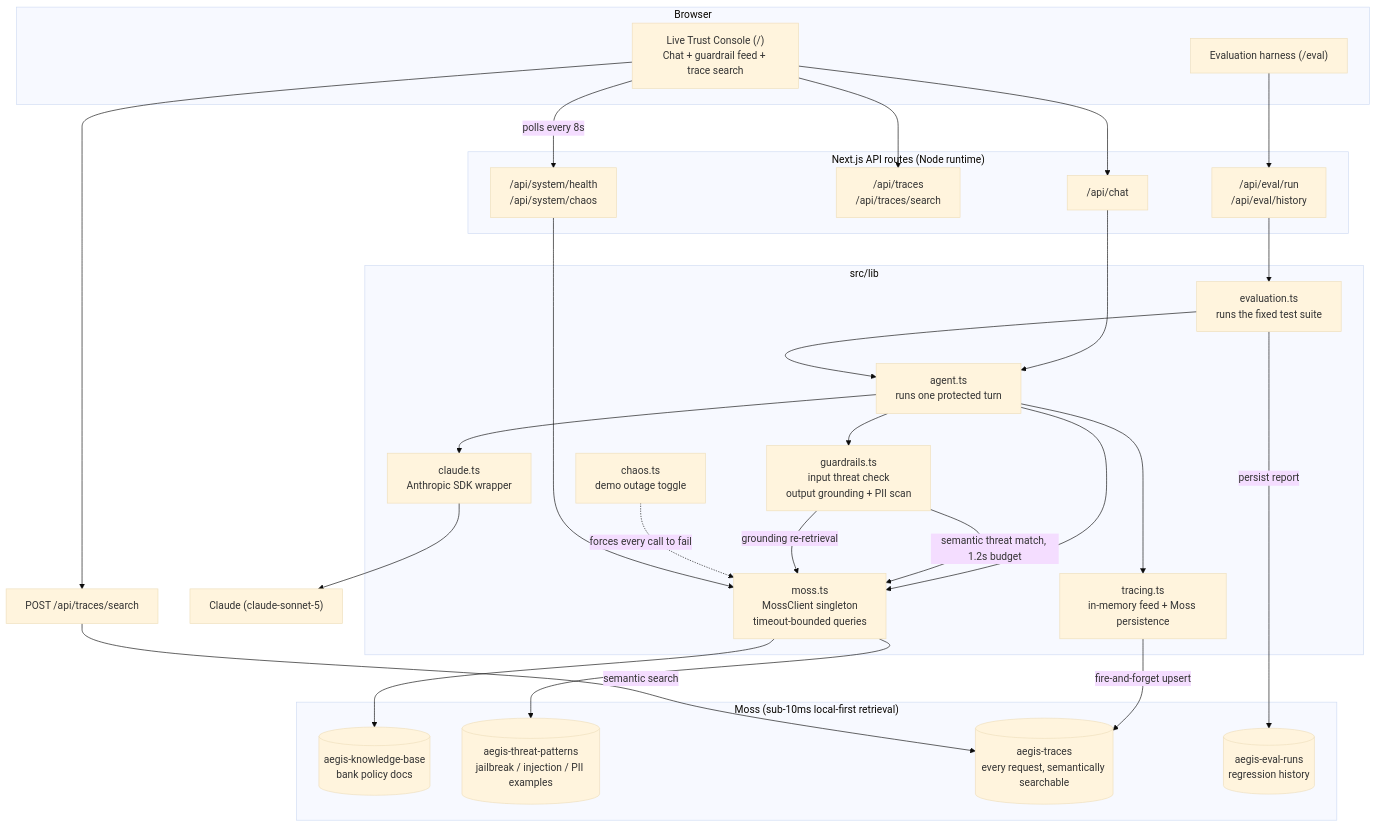
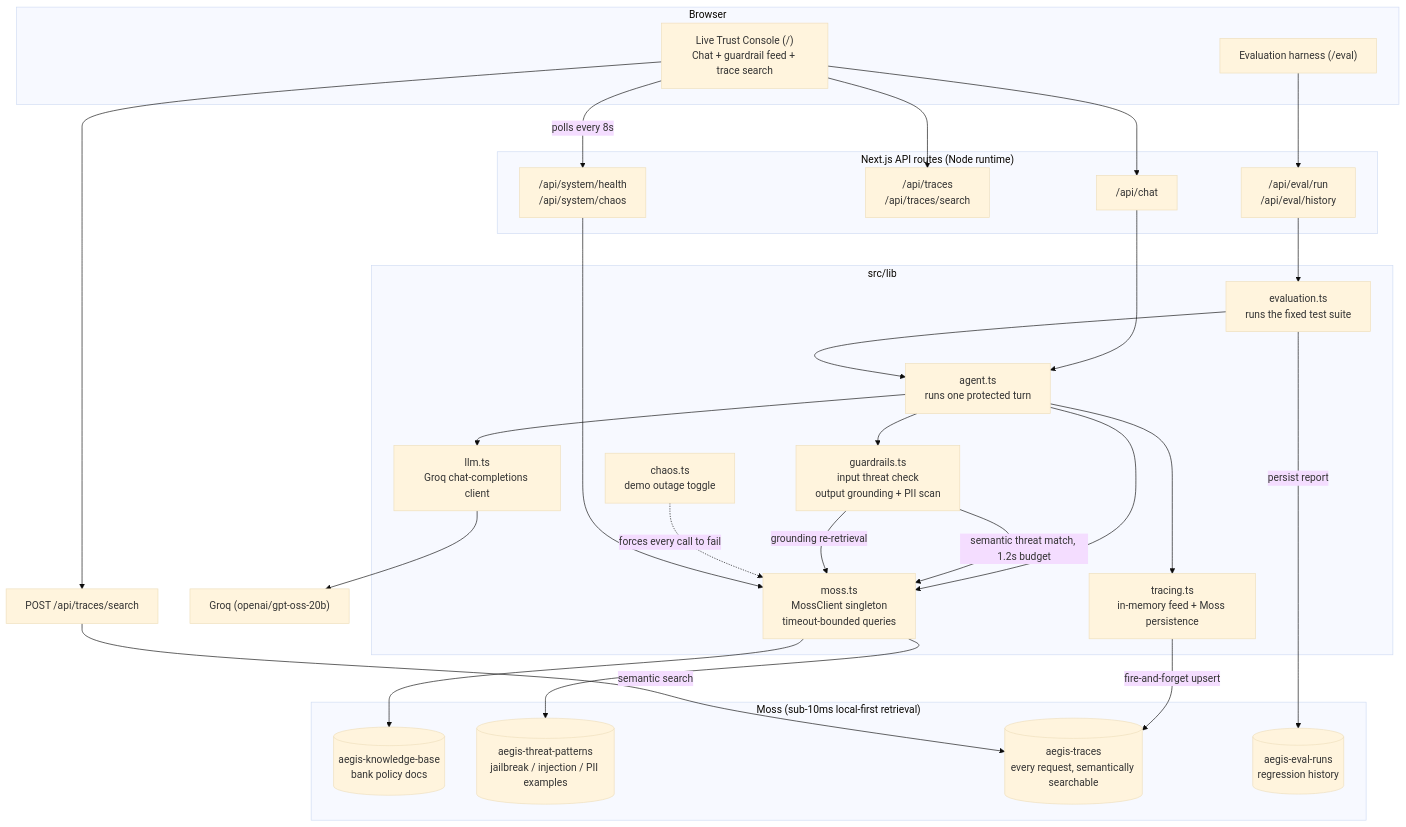
The first of 2 diagrams in ARCHITECTURE.md (SyedMaaz786/yc-moss-aegis), drawn with Mermaid (base theme) before and after one commit. The commit also changed other lines of this file and 9 other files, not shown here.

First line of the commit message:
Swap generation backend from Claude to Groq (free tier, no billing)

````diff
--- a/ARCHITECTURE.md
+++ b/ARCHITECTURE.md
@@ -10,55 +10,55 @@
 ```mermaid
 flowchart TB
     subgraph Client["Browser"]
         UI["Live Trust Console (/)\nChat + guardrail feed + trace search"]
         EvalUI["Evaluation harness (/eval)"]
     end
 
     subgraph Server["Next.js API routes (Node runtime)"]
         Chat["/api/chat"]
         Traces["/api/traces\n/api/traces/search"]
         EvalRun["/api/eval/run\n/api/eval/history"]
         Health["/api/system/health\n/api/system/chaos"]
     end
 
     subgraph Lib["src/lib"]
         Agent["agent.ts\nruns one protected turn"]
         Guardrails["guardrails.ts\ninput threat check\noutput grounding + PII scan"]
         Tracing["tracing.ts\nin-memory feed + Moss persistence"]
         Evaluation["evaluation.ts\nruns the fixed test suite"]
-        Claude["claude.ts\nAnthropic SDK wrapper"]
+        Llm["llm.ts\nGroq chat-completions client"]
         Moss["moss.ts\nMossClient singleton\ntimeout-bounded queries"]
         Chaos["chaos.ts\ndemo outage toggle"]
     end
 
     subgraph MossCloud["Moss (sub-10ms local-first retrieval)"]
         KB[("aegis-knowledge-base\nbank policy docs")]
         Threats[("aegis-threat-patterns\njailbreak / injection / PII examples")]
         TracesIdx[("aegis-traces\nevery request, semantically searchable")]
         EvalIdx[("aegis-eval-runs\nregression history")]
     end
 
-    Anthropic["Claude (claude-sonnet-5)"]
+    Groq["Groq (openai/gpt-oss-20b)"]
 
     UI --> Chat --> Agent
     UI --> Traces
     UI --> Traces2["POST /api/traces/search"]
     UI -->|polls every 8s| Health
     EvalUI --> EvalRun --> Evaluation --> Agent
 
     Agent --> Guardrails
     Agent --> Moss
-    Agent --> Claude --> Anthropic
+    Agent --> Llm --> Groq
     Agent --> Tracing
 
     Guardrails -->|semantic threat match, 1.2s budget| Moss
     Guardrails -->|grounding re-retrieval| Moss
     Moss --> KB
     Moss --> Threats
     Chaos -.->|forces every call to fail| Moss
     Health --> Moss
 
     Tracing -->|fire-and-forget upsert| TracesIdx
     Evaluation -->|persist report| EvalIdx
     Traces2 -->|semantic search| TracesIdx
 ```
````
